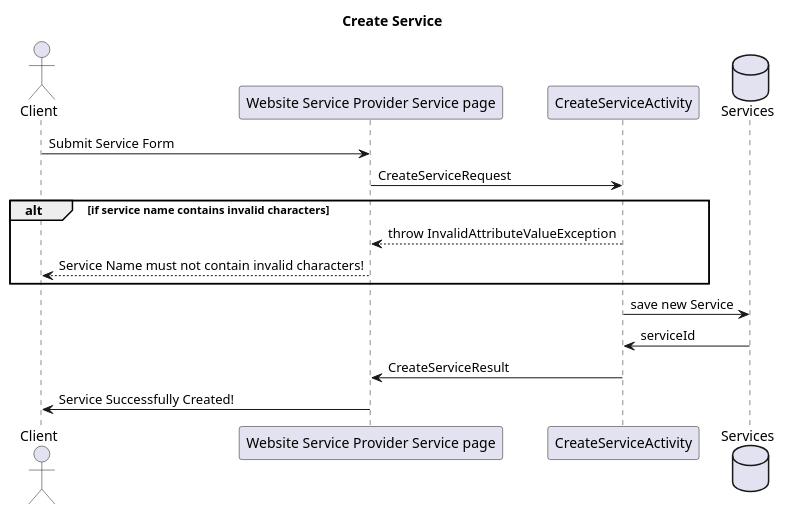
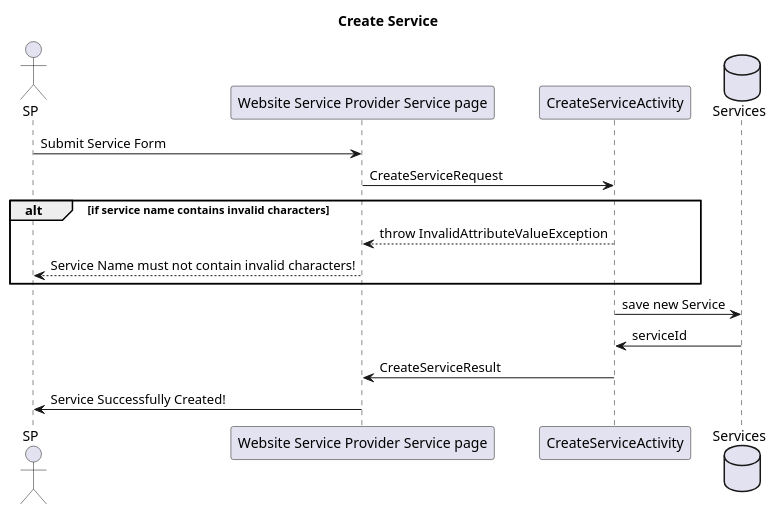
Before and after one commit to BloomTechBackend/bd-team-project-support-zebra: the diagram in project_documents/SequenceDiagrams/CreateService.puml, drawn with PlantUML. The commit also changed 7 other files, not shown here.

Commit message:
added design document image and edited sequence diagram

```diff
--- a/project_documents/SequenceDiagrams/CreateService.puml
+++ b/project_documents/SequenceDiagrams/CreateService.puml
@@ -1,21 +1,21 @@
 @startuml
 'https://plantuml.com/sequence-diagram
 
 title Create Service
-actor Client as c
+actor SP as c
 participant "Website Service Provider Service page" as sps
 participant CreateServiceActivity as cua
 database Services as s
 
 c -> sps: Submit Service Form
 sps -> cua: CreateServiceRequest
 alt if service name contains invalid characters
 cua --> sps: throw InvalidAttributeValueException
 sps --> c: Service Name must not contain invalid characters!
 'else else continue
 end
 cua -> s: save new Service
 s -> cua:  serviceId
 cua -> sps: CreateServiceResult
 sps -> c: Service Successfully Created!
 @enduml
```
